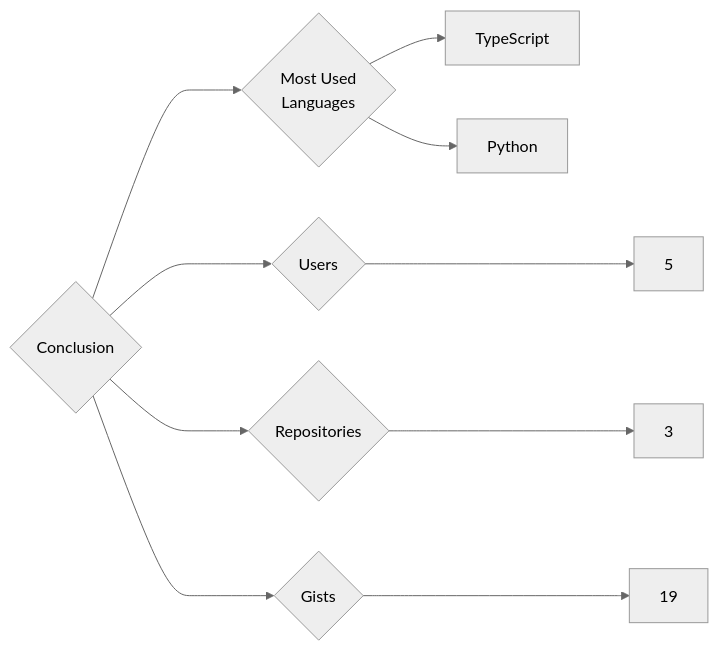
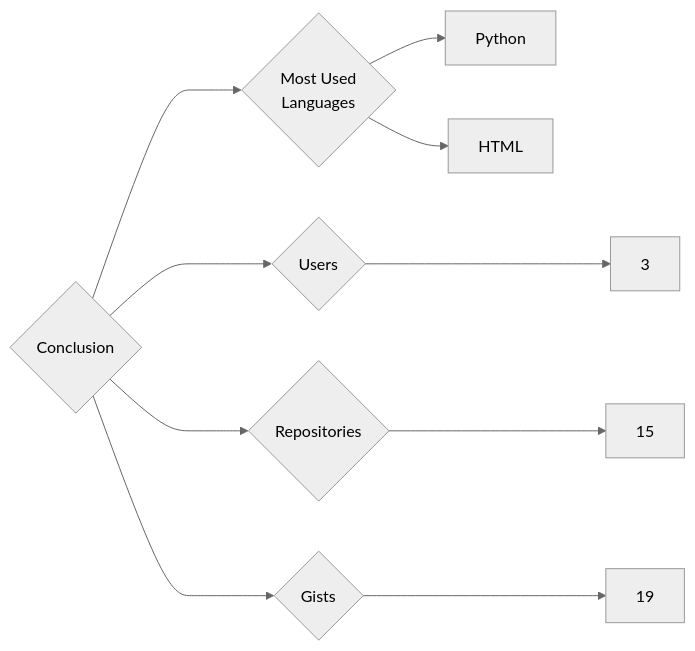
One commit to trickest/insiders changed the diagram in targets/Conclusion/README.md. Above: the diagram before and after it, drawn with Mermaid (neutral theme). The commit also changed 924 other files, not shown here.

````diff
--- a/targets/Conclusion/README.md
+++ b/targets/Conclusion/README.md
@@ -3,10 +3,10 @@
 ```mermaid
 graph LR
 COMPANY_NAME{Conclusion}
-COMPANY_NAME ---> U{Users} ---> UN[5]
-COMPANY_NAME ---> R{Repositories} ---> RN[3]
+COMPANY_NAME ---> U{Users} ---> UN[3]
+COMPANY_NAME ---> R{Repositories} ---> RN[15]
 COMPANY_NAME ---> G{Gists} ---> GN[19]
 COMPANY_NAME ---> ML{Most Used<br>Languages}
-ML --> TypeScript[TypeScript]
 ML --> Python[Python]
+ML --> HTML[HTML]
 ```
````
